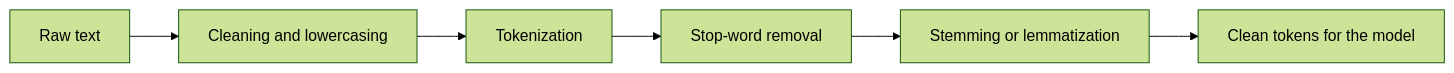
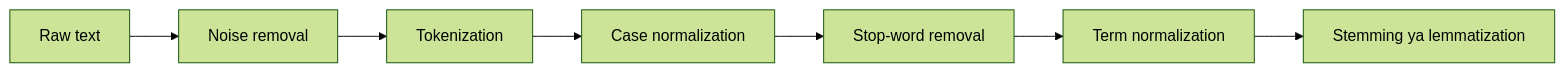
The diagram in content/natural-language-processing/pyq/2025-05/q4b.hi.mdx (TrendySloth1001/sem-seven-notes), drawn with Mermaid (forest theme) before and after one commit. The commit also changed other lines of this file and 406 other files, not shown here.

````diff
--- a/content/natural-language-processing/pyq/2025-05/q4b.hi.mdx
+++ b/content/natural-language-processing/pyq/2025-05/q4b.hi.mdx
@@ -9,9 +11,10 @@
 ```mermaid
-%% caption: Ek typical preprocessing pipeline. Har box pichhle box ka output leta hai.
+%% caption: Text processing pipeline. Raw text andar jaata hai; indexing ke liye ready clean terms bahar aate hain.
 flowchart LR
-  A["Raw text"] --> B["Cleaning and lowercasing"]
+  A["Raw text"] --> B["Noise removal"]
   B --> C["Tokenization"]
-  C --> D["Stop-word removal"]
-  D --> E["Stemming or lemmatization"]
-  E --> F["Clean tokens for the model"]
+  C --> D["Case normalization"]
+  D --> E["Stop-word removal"]
+  E --> F["Term normalization"]
+  F --> G["Stemming ya lemmatization"]
 ```
````
